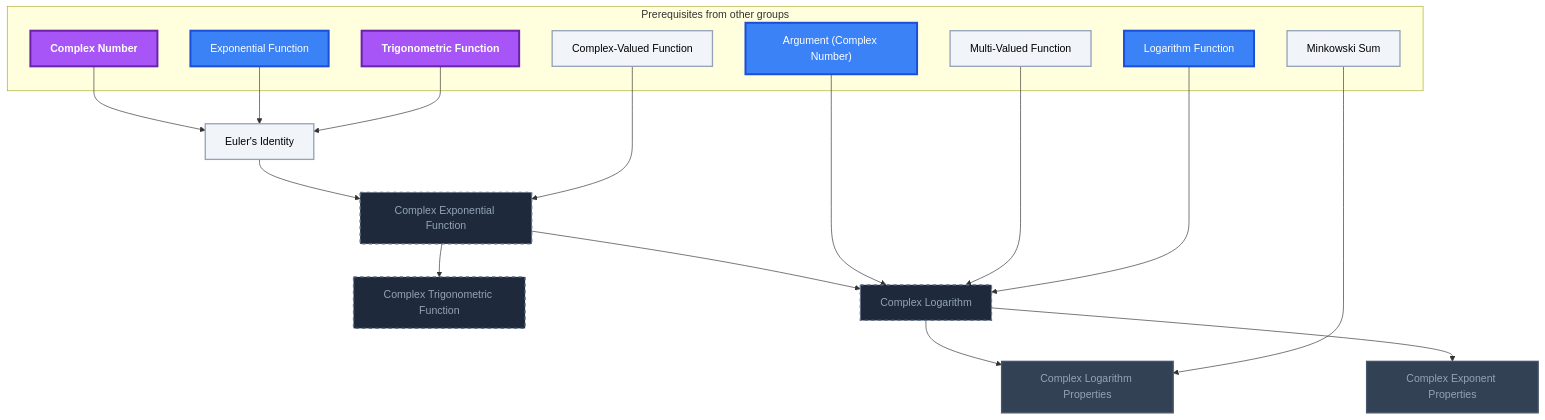
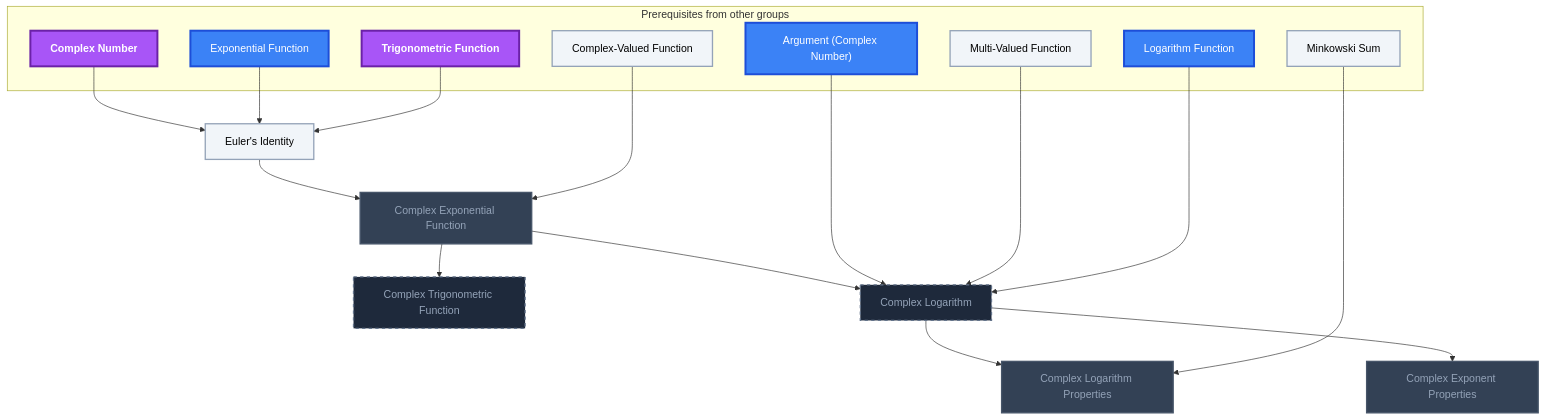
The fourth of 19 diagrams in Gamification/Skill Trees/Complex Analysis.md (MRauf1/My-Notes), drawn with Mermaid before and after one commit. The commit also changed other lines of this file and 142 other files, not shown here.

````diff
--- a/Gamification/Skill Trees/Complex Analysis.md
+++ b/Gamification/Skill Trees/Complex Analysis.md
@@ -148,47 +148,47 @@
 ```mermaid
 flowchart TD
     classDef planned fill:#1E293B,stroke:#64748B,stroke-width:2px,stroke-dasharray:5 5,color:#94A3B8;
     classDef locked fill:#334155,stroke:#475569,stroke-width:2px,color:#94A3B8;
     classDef L0 fill:#F1F5F9,stroke:#94A3B8,stroke-width:2px,color:#000000;
     classDef L1 fill:#22C55E,stroke:#15803D,stroke-width:2px,color:#000000;
     classDef L2 fill:#3B82F6,stroke:#1D4ED8,stroke-width:3px,color:#FFFFFF;
     classDef L3 fill:#A855F7,stroke:#6B21A8,stroke-width:3px,color:#FFFFFF,font-weight:bold;
     classDef L4 fill:#F97316,stroke:#C2410C,stroke-width:4px,color:#000000,font-weight:bold;
     classDef L5 fill:#FFD700,stroke:#FF8C00,stroke-width:5px,color:#000000,font-weight:bold;
     classDef rusty stroke:#8B4513,stroke-width:4px,stroke-dasharray:3 3;
     subgraph sg_prereqs["Prerequisites from other groups"]
         n_complex_number["Complex Number"]
         n_exponential_function["Exponential Function"]
         n_trigonometric_function["Trigonometric Function"]
         n_complex_valued_function["Complex-Valued Function"]
         n_argument_complex_number["Argument (Complex Number)"]
         n_multi_valued_function["Multi-Valued Function"]
         n_logarithm_function["Logarithm Function"]
         n_minkowski_sum["Minkowski Sum"]
     end
     n_euler_s_identity["Euler's Identity"]
     n_complex_exponential_function["Complex Exponential Function"]
     n_complex_trigonometric_function["Complex Trigonometric Function"]
     n_complex_logarithm["Complex Logarithm"]
     n_complex_logarithm_properties["Complex Logarithm Properties"]
     n_complex_exponent_properties["Complex Exponent Properties"]
     n_complex_number --> n_euler_s_identity
     n_exponential_function --> n_euler_s_identity
     n_trigonometric_function --> n_euler_s_identity
     n_euler_s_identity --> n_complex_exponential_function
     n_complex_valued_function --> n_complex_exponential_function
     n_complex_exponential_function --> n_complex_trigonometric_function
     n_complex_exponential_function --> n_complex_logarithm
     n_argument_complex_number --> n_complex_logarithm
     n_multi_valued_function --> n_complex_logarithm
     n_logarithm_function --> n_complex_logarithm
     n_complex_logarithm --> n_complex_logarithm_properties
     n_minkowski_sum --> n_complex_logarithm_properties
     n_complex_logarithm --> n_complex_exponent_properties
-    class n_complex_exponential_function,n_complex_trigonometric_function,n_complex_logarithm planned;
-    class n_complex_logarithm_properties,n_complex_exponent_properties locked;
+    class n_complex_trigonometric_function,n_complex_logarithm planned;
+    class n_complex_exponential_function,n_complex_logarithm_properties,n_complex_exponent_properties locked;
     class n_complex_valued_function,n_multi_valued_function,n_minkowski_sum,n_euler_s_identity L0;
     class n_exponential_function,n_argument_complex_number,n_logarithm_function L2;
     class n_complex_number,n_trigonometric_function L3;
-    class n_complex_number,n_exponential_function,n_trigonometric_function,n_complex_valued_function,n_argument_complex_number,n_multi_valued_function,n_logarithm_function,n_minkowski_sum,n_euler_s_identity,n_complex_logarithm_properties,n_complex_exponent_properties internal-link;
+    class n_complex_number,n_exponential_function,n_trigonometric_function,n_complex_valued_function,n_argument_complex_number,n_multi_valued_function,n_logarithm_function,n_minkowski_sum,n_euler_s_identity,n_complex_exponential_function,n_complex_logarithm_properties,n_complex_exponent_properties internal-link;
 ```
````
